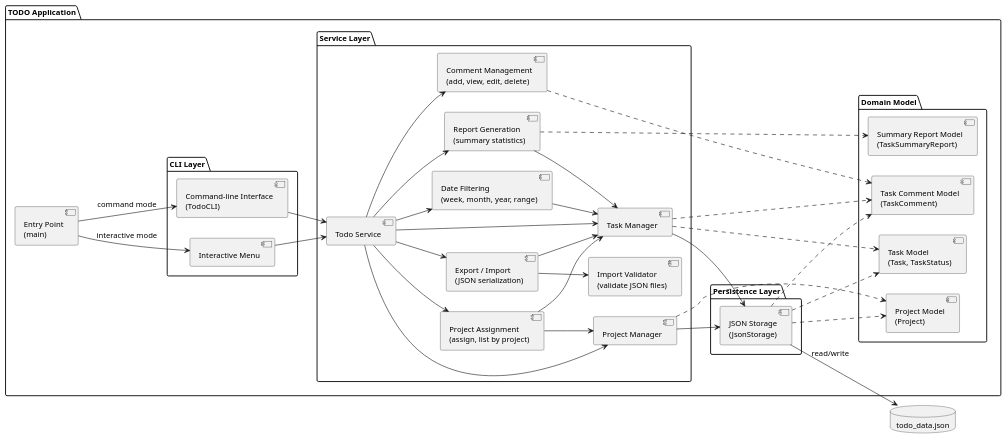
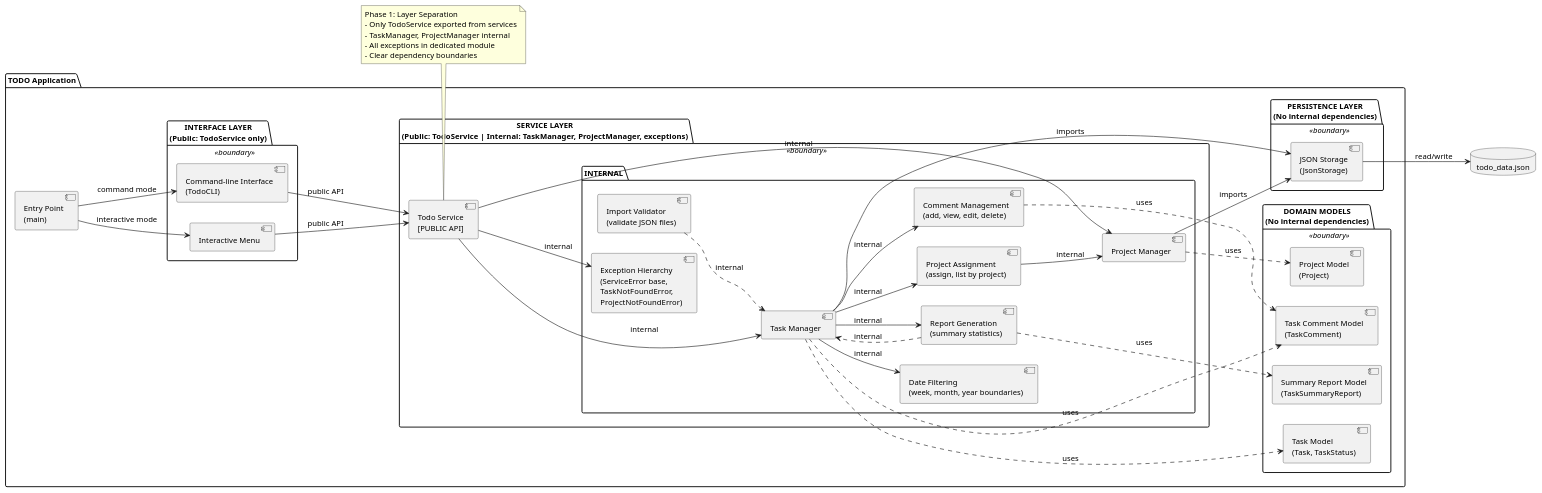
The diagram in experiments/pipeline/user_stories/TODO/artifacts/component_diagram.puml (DanielRiha8906/Software_autoevolution_using_agents), drawn with PlantUML before and after one commit. The commit also changed 13 other files, not shown here.

First line of the commit message:
task 09 | pipeline / user_stories / TODO

```diff
--- a/experiments/pipeline/user_stories/TODO/artifacts/component_diagram.puml
+++ b/experiments/pipeline/user_stories/TODO/artifacts/component_diagram.puml
@@ -1,75 +1,86 @@
 @startuml component_diagram
 
 skinparam componentStyle uml2
 skinparam defaultFontSize 13
+skinparam noteBkgColor FFFFCC
+skinparam noteTextColor 333333
 
 left to right direction
 
 package "TODO Application" {
 
     component "Entry Point\n(main)" as Main
 
-    package "CLI Layer" {
+    package "INTERFACE LAYER\n(Public: TodoService only)" <<boundary>> {
         component "Interactive Menu" as IM
         component "Command-line Interface\n(TodoCLI)" as CLI
     }
 
-    package "Service Layer" {
-        component "Todo Service" as SVC
-        component "Task Manager" as MGR
-        component "Project Manager" as PMGR
-        component "Comment Management\n(add, view, edit, delete)" as CMT
-        component "Date Filtering\n(week, month, year, range)" as DateFilter
-        component "Project Assignment\n(assign, list by project)" as ProjectAssign
-        component "Report Generation\n(summary statistics)" as Report
-        component "Import Validator\n(validate JSON files)" as ImportVal
-        component "Export / Import\n(JSON serialization)" as ExportImport
+    package "SERVICE LAYER\n(Public: TodoService | Internal: TaskManager, ProjectManager, exceptions)" <<boundary>> {
+        component "Todo Service\n[PUBLIC API]" as SVC
+
+        package "INTERNAL" {
+            component "Task Manager" as MGR
+            component "Project Manager" as PMGR
+            component "Date Filtering\n(week, month, year boundaries)" as DateFilter
+            component "Comment Management\n(add, view, edit, delete)" as CMT
+            component "Project Assignment\n(assign, list by project)" as ProjectAssign
+            component "Report Generation\n(summary statistics)" as Report
+            component "Import Validator\n(validate JSON files)" as ImportVal
+            component "Exception Hierarchy\n(ServiceError base,\nTaskNotFoundError,\nProjectNotFoundError)" as Exceptions
+        }
     }
 
-    package "Domain Model" {
+    package "DOMAIN MODELS\n(No internal dependencies)" <<boundary>> {
         component "Task Model\n(Task, TaskStatus)" as Model
         component "Project Model\n(Project)" as ProjectModel
         component "Task Comment Model\n(TaskComment)" as CommentModel
         component "Summary Report Model\n(TaskSummaryReport)" as ReportModel
     }
 
-    package "Persistence Layer" {
+    package "PERSISTENCE LAYER\n(No internal dependencies)" <<boundary>> {
         component "JSON Storage\n(JsonStorage)" as Storage
     }
 }
 
 database "todo_data.json" as DB
 
+note bottom of SVC
+    Phase 1: Layer Separation
+    - Only TodoService exported from services
+    - TaskManager, ProjectManager internal
+    - All exceptions in dedicated module
+    - Clear dependency boundaries
+end note
+
 Main --> IM : interactive mode
 Main --> CLI : command mode
 
-IM --> SVC
-CLI --> SVC
+IM --> SVC : public API
+CLI --> SVC : public API
 
-SVC --> MGR
-SVC --> PMGR
-SVC --> CMT
-SVC --> DateFilter
-SVC --> ProjectAssign
-SVC --> Report
-SVC --> ExportImport
-ExportImport --> ImportVal
-ExportImport --> MGR
-DateFilter --> MGR
-ProjectAssign --> MGR
-ProjectAssign --> PMGR
-Report --> MGR
-MGR --> Storage
-MGR ..> Model
-MGR ..> CommentModel
-PMGR --> Storage
-PMGR ..> ProjectModel
-CMT ..> CommentModel
-Report ..> ReportModel
-Storage ..> Model
-Storage ..> ProjectModel
-Storage ..> CommentModel
+SVC --> MGR : internal
+SVC --> PMGR : internal
+SVC --> Exceptions : internal
+
+MGR --> DateFilter : internal
+MGR --> CMT : internal
+MGR --> ProjectAssign : internal
+MGR --> Report : internal
+
+ProjectAssign --> PMGR : internal
+
+MGR --> Storage : imports
+PMGR --> Storage : imports
+
+MGR ..> Model : uses
+MGR ..> CommentModel : uses
+PMGR ..> ProjectModel : uses
+CMT ..> CommentModel : uses
+Report ..> ReportModel : uses
+Report ..> MGR : internal
+ImportVal ..> MGR : internal
 
 Storage --> DB : read/write
 
 @enduml
```
